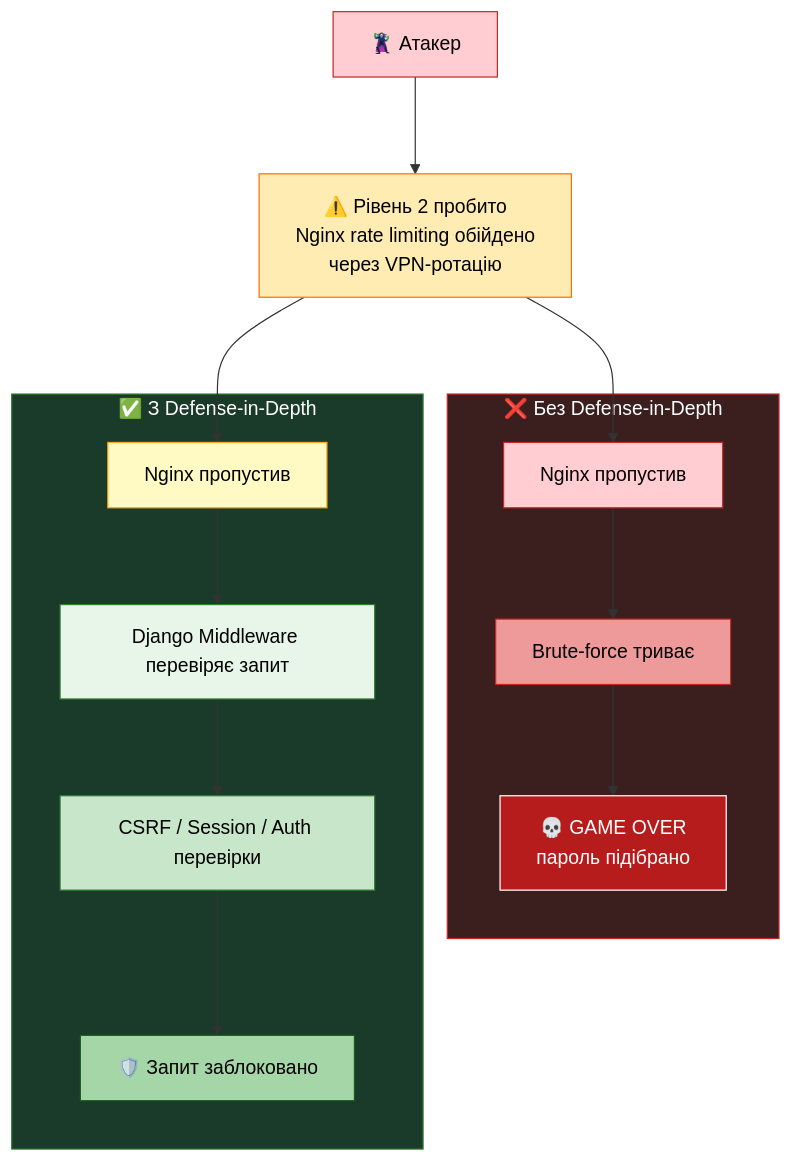
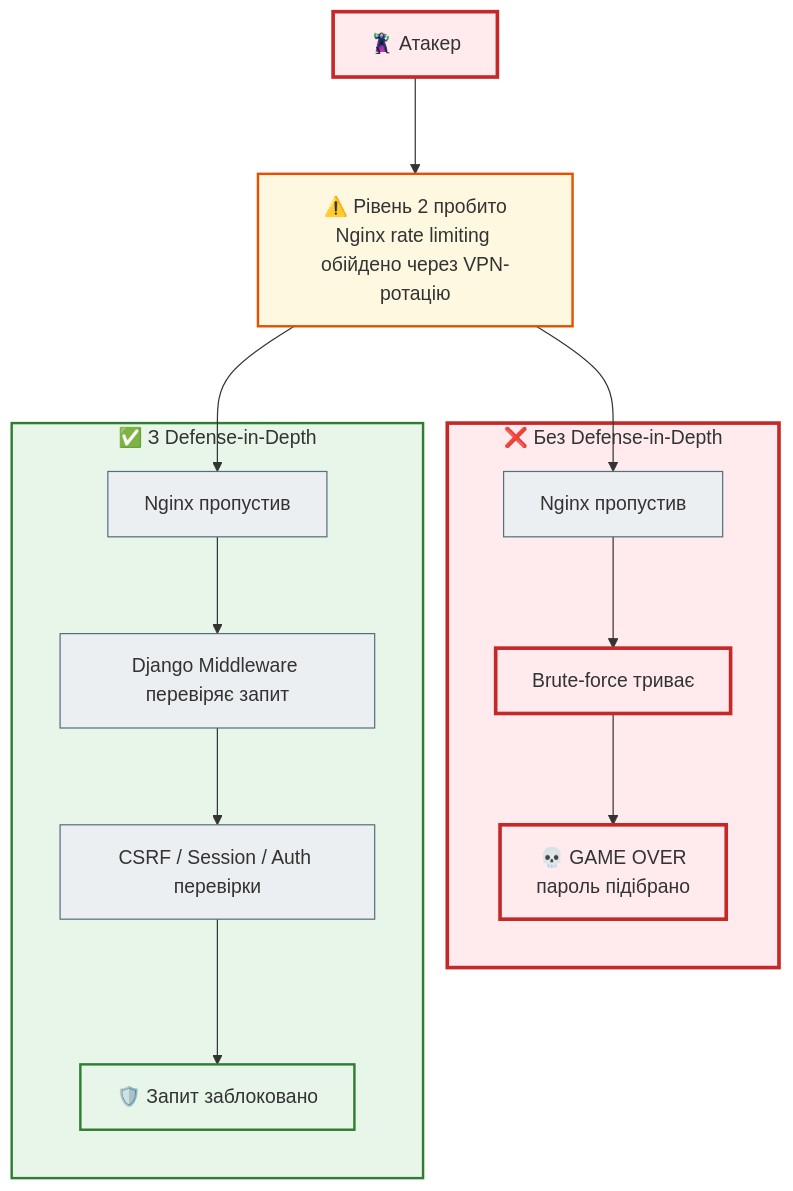
Before and after one commit to NikoriakViktot/notes_chat_app: the sixth of 11 diagrams in docs/07_auth_and_security/security_foundations_full.md, drawn with Mermaid. The commit also changed other lines of this file and 441 other files, not shown here.

First line of the commit message:
Add English version of the book, Mermaid standard, docs fixes

````diff
--- a/docs/07_auth_and_security/security_foundations_full.md
+++ b/docs/07_auth_and_security/security_foundations_full.md
@@ -319,46 +321,40 @@
 ```mermaid
 %%{init: {'flowchart': {'nodeSpacing': 60, 'rankSpacing': 80}}}%%
 flowchart TD
 
     Attack["🦹 Атакер"]
-    Bypass["⚠️ Рівень 2 пробито<br/>Nginx rate limiting обійдено<br/>через VPN-ротацію"]
+    Bypass["⚠️ Рівень 2 пробито<br/>Nginx rate limiting обійдено через VPN-ротацію"]
 
     subgraph BAD["❌ Без Defense-in-Depth"]
         Bad1["Nginx пропустив"]
         Bad2["Brute-force триває"]
         Bad3["💀 GAME OVER<br/>пароль підібрано"]
     end
 
     subgraph GOOD["✅ З Defense-in-Depth"]
         Good1["Nginx пропустив"]
         Good2["Django Middleware перевіряє запит"]
         Good3["CSRF / Session / Auth перевірки"]
         Good4["🛡️ Запит заблоковано"]
     end
 
     Attack --> Bypass
 
     Bypass --> Bad1
     Bad1 --> Bad2
     Bad2 --> Bad3
 
     Bypass --> Good1
     Good1 --> Good2
     Good2 --> Good3
     Good3 --> Good4
 
-    style Attack fill:#ffcdd2,stroke:#c62828,color:#000000
-    style Bypass fill:#ffecb3,stroke:#ff6f00,color:#000000
-
-    style BAD fill:#3b1f1f,stroke:#c62828,color:#ffffff
-    style GOOD fill:#1b3b2a,stroke:#2e7d32,color:#ffffff
-
-    style Bad1 fill:#ffcdd2,stroke:#c62828,color:#000000
-    style Bad2 fill:#ef9a9a,stroke:#c62828,color:#000000
-    style Bad3 fill:#b71c1c,stroke:#ffffff,color:#ffffff
-
-    style Good1 fill:#fff9c4,stroke:#f9a825,color:#000000
-    style Good2 fill:#e8f5e9,stroke:#2e7d32,color:#000000
-    style Good3 fill:#c8e6c9,stroke:#2e7d32,color:#000000
-    style Good4 fill:#a5d6a7,stroke:#1b5e20,color:#000000
+    classDef step     fill:#eceff1,stroke:#546e7a,stroke-width:1px;
+    classDef success  fill:#e8f5e9,stroke:#2e7d32,stroke-width:2px;
+    classDef error    fill:#ffebee,stroke:#c62828,stroke-width:3px;
+    classDef warning  fill:#fff8e1,stroke:#e65100,stroke-width:2px;
+    class Attack,Bad2,Bad3,BAD error;
+    class Bypass warning;
+    class Bad1,Good1,Good2,Good3 step;
+    class Good4,GOOD success;
 ```
````
